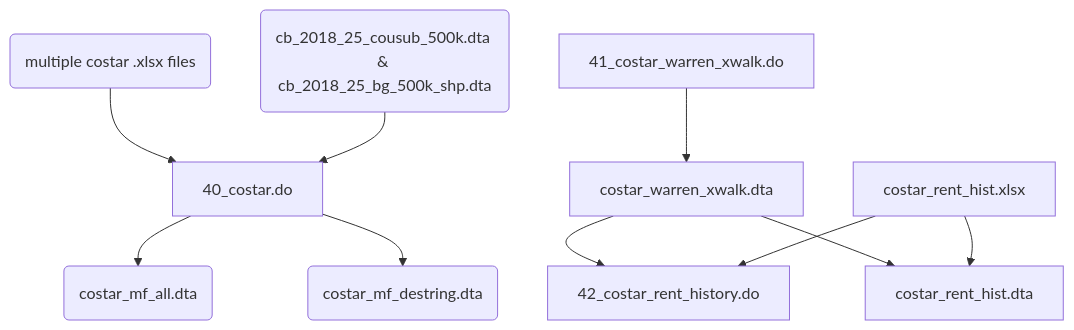
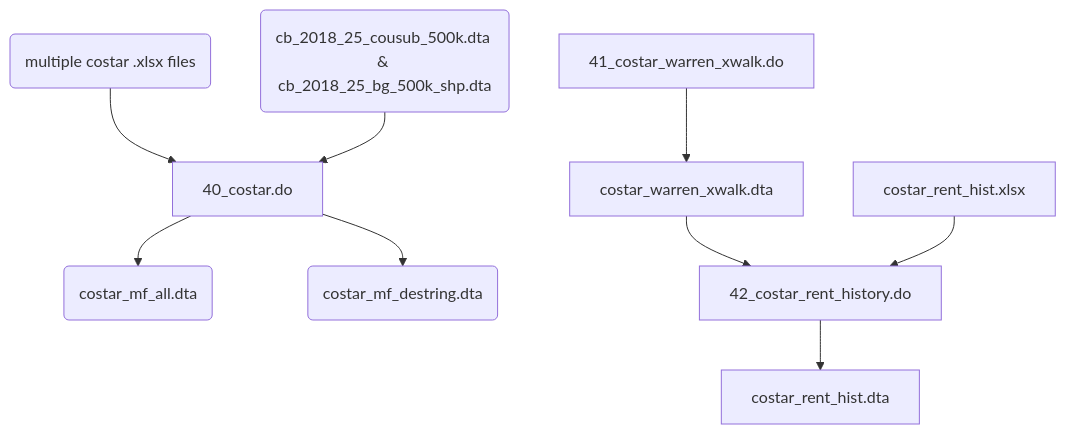
One commit to nchiumenti/boston_zoning changed the fifth of 8 diagrams in code/data_setup/README.md. Above: the diagram before and after it, drawn with Mermaid.

````diff
--- a/code/data_setup/README.md
+++ b/code/data_setup/README.md
@@ -109,12 +109,12 @@
 ```mermaid
 flowchart TD
     A(multiple costar .xlsx files)
     B(cb_2018_25_cousub_500k.dta & cb_2018_25_bg_500k_shp.dta)
     E[40_costar.do]
     C(costar_mf_all.dta)
     D(costar_mf_destring.dta)
 
 A & B --> E --> C & D
 41_costar_warren_xwalk.do --> costar_warren_xwalk.dta
-costar_warren_xwalk.dta & costar_rent_hist.xlsx --> 42_costar_rent_history.do & costar_rent_hist.dta
+costar_warren_xwalk.dta & costar_rent_hist.xlsx --> 42_costar_rent_history.do --> costar_rent_hist.dta
 ```
````
